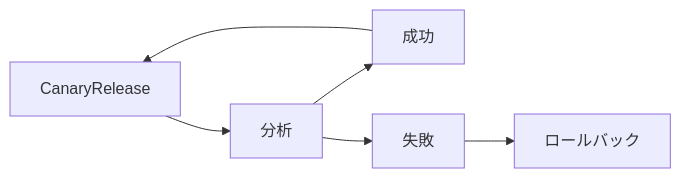
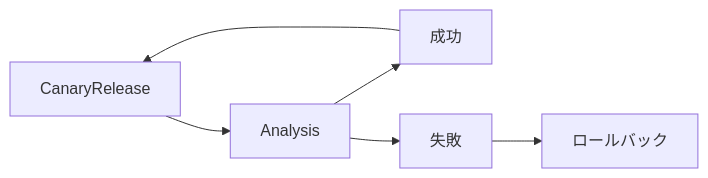
The diagram in chapter_argo-rollouts/README.md (cloudnativedaysjp/cnd-handson), drawn with Mermaid before and after one commit. The commit also changed other lines of this file and 1 other file, not shown here.

Commit message:
docs(argo-rollouts): call it Analysis and explain what progressive delivery buys with an example

````diff
--- a/chapter_argo-rollouts/README.md
+++ b/chapter_argo-rollouts/README.md
@@ -17,8 +9,8 @@
 ```mermaid
 graph LR;
-    CanaryRelease-->分析;
-    分析-->成功;
-    分析-->失敗;
+    CanaryRelease-->Analysis;
+    Analysis-->成功;
+    Analysis-->失敗;
     失敗-->ロールバック;
     成功-->CanaryRelease;
 ```
````
